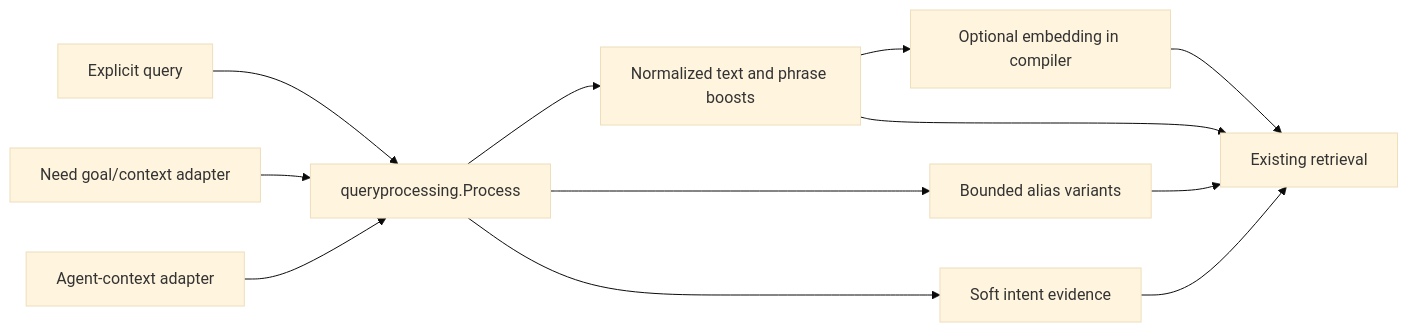
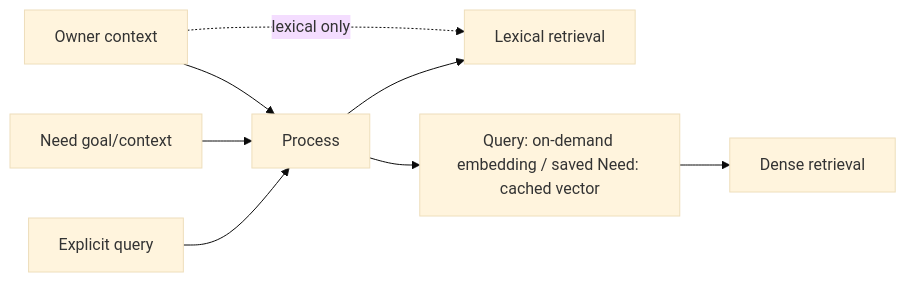
One commit to phronesis-io/eigenflux changed the diagram in rpc/sort/discovery/queryprocessing/README.md. Above: the diagram before and after it, drawn with Mermaid (base theme). The commit also changed other lines of this file and 68 other files, not shown here.

````diff
--- a/rpc/sort/discovery/queryprocessing/README.md
+++ b/rpc/sort/discovery/queryprocessing/README.md
@@ -9,14 +18,10 @@
 ```mermaid
 flowchart LR
-    Explicit[Explicit query] --> Processor[queryprocessing.Process]
-    Need[Need goal/context adapter] --> Processor
-    Agent[Agent-context adapter] --> Processor
-    Processor --> Lexical[Normalized text and phrase boosts]
-    Processor --> Synonym[Bounded alias variants]
-    Processor --> Soft[Soft intent evidence]
-    Lexical --> Embedding[Optional embedding in compiler]
-    Lexical --> Recall[Existing retrieval]
-    Synonym --> Recall
-    Soft --> Recall
-    Embedding --> Recall
+    Query[Explicit query] --> P[Process]
+    Need[Need goal/context] --> P
+    Owner[Owner context] --> P
+    P --> L[Lexical retrieval]
+    P --> E[Query: on-demand embedding / saved Need: cached vector]
+    E --> D[Dense retrieval]
+    Owner -. lexical only .-> L
 ```
````
